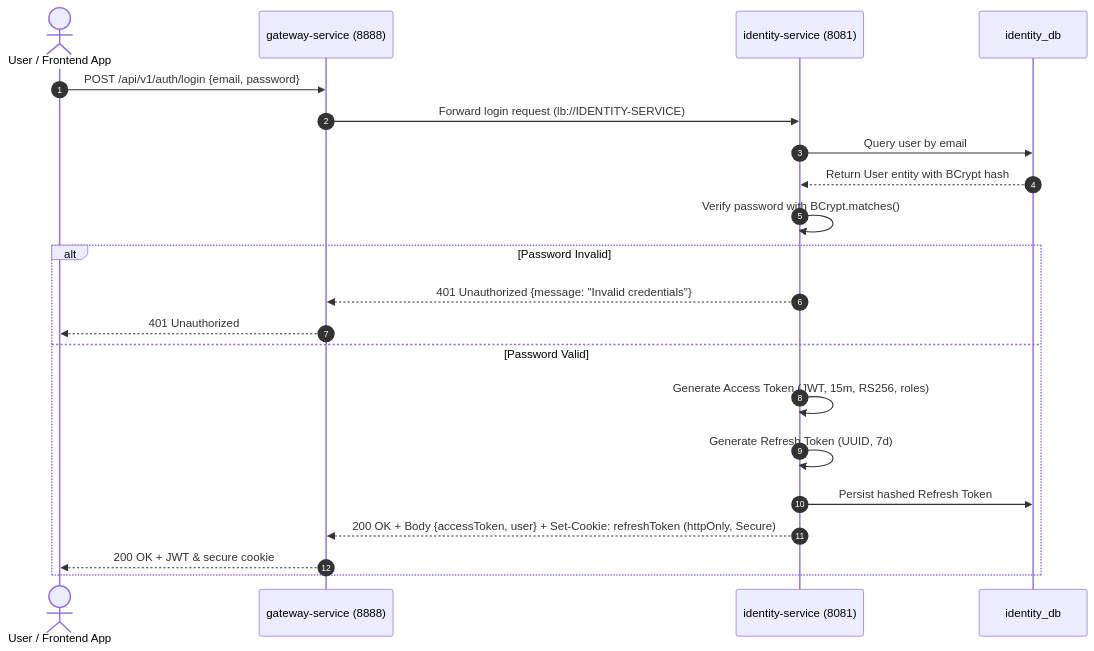
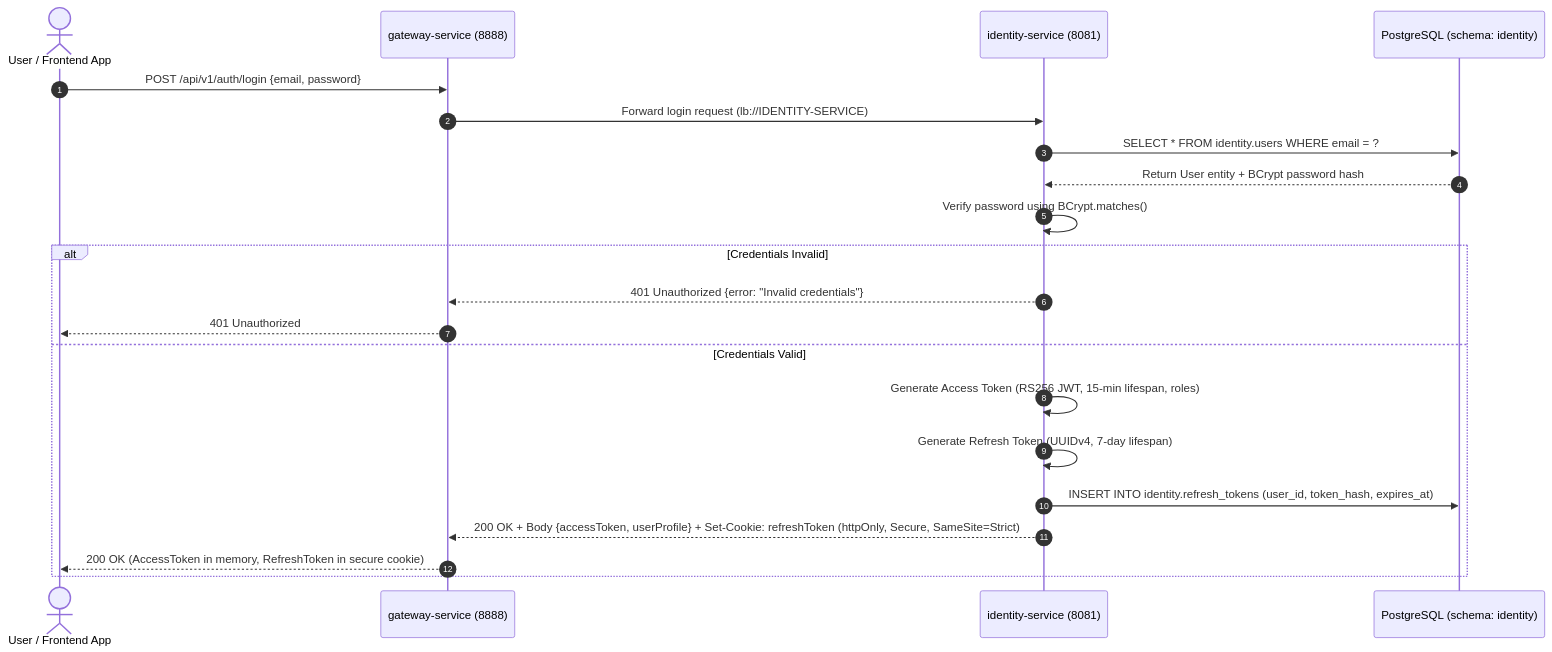
One commit to ELBATTAHAHMED/Yuding changed the fourth of 10 diagrams in docs/YUDING_V2_ARCHITECTURE.md. Above: the diagram before and after it, drawn with Mermaid. The commit also changed other lines of this file, not shown here.

Commit message:
docs: complete Yuding V2 architecture documentation

````diff
--- a/docs/YUDING_V2_ARCHITECTURE.md
+++ b/docs/YUDING_V2_ARCHITECTURE.md
@@ -337,24 +375,24 @@
 ```mermaid
 sequenceDiagram
     autonumber
     actor User as User / Frontend App
     participant GW as gateway-service (8888)
     participant IS as identity-service (8081)
-    participant DB as identity_db
+    participant DB as PostgreSQL (schema: identity)
 
     User->>GW: POST /api/v1/auth/login {email, password}
     GW->>IS: Forward login request (lb://IDENTITY-SERVICE)
-    IS->>DB: Query user by email
-    DB-->>IS: Return User entity with BCrypt hash
-    IS->>IS: Verify password with BCrypt.matches()
-    alt Password Invalid
-        IS-->>GW: 401 Unauthorized {message: "Invalid credentials"}
+    IS->>DB: SELECT * FROM identity.users WHERE email = ?
+    DB-->>IS: Return User entity + BCrypt password hash
+    IS->>IS: Verify password using BCrypt.matches()
+    alt Credentials Invalid
+        IS-->>GW: 401 Unauthorized {error: "Invalid credentials"}
         GW-->>User: 401 Unauthorized
-    else Password Valid
-        IS->>IS: Generate Access Token (JWT, 15m, RS256, roles)
-        IS->>IS: Generate Refresh Token (UUID, 7d)
-        IS->>DB: Persist hashed Refresh Token
-        IS-->>GW: 200 OK + Body {accessToken, user} + Set-Cookie: refreshToken (httpOnly, Secure)
-        GW-->>User: 200 OK + JWT & secure cookie
+    else Credentials Valid
+        IS->>IS: Generate Access Token (RS256 JWT, 15-min lifespan, roles)
+        IS->>IS: Generate Refresh Token (UUIDv4, 7-day lifespan)
+        IS->>DB: INSERT INTO identity.refresh_tokens (user_id, token_hash, expires_at)
+        IS-->>GW: 200 OK + Body {accessToken, userProfile} + Set-Cookie: refreshToken (httpOnly, Secure, SameSite=Strict)
+        GW-->>User: 200 OK (AccessToken in memory, RefreshToken in secure cookie)
     end
 ```
````
